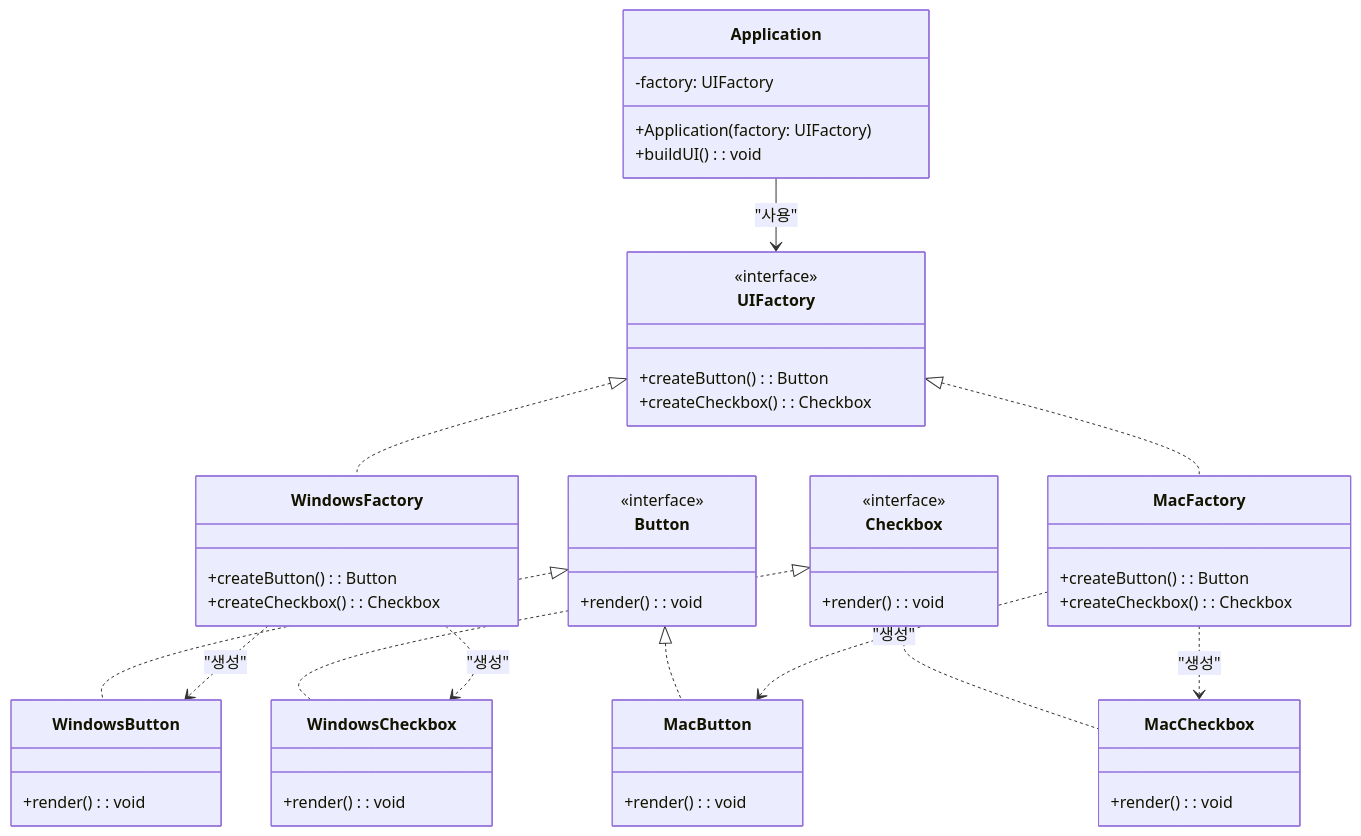
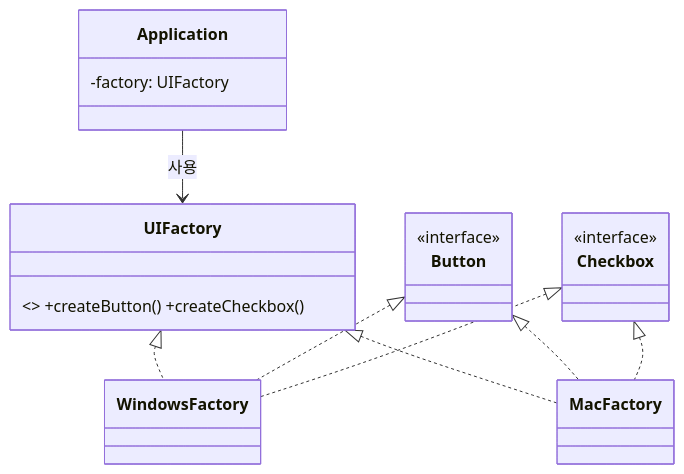
One commit to yjkim2015/yjkim2015.github.io changed the first of 2 diagrams in _posts/designPattern/2021-12-07-Abstract Factory Pattern.md. Above: the diagram before and after it, drawn with Mermaid. The commit also changed other lines of this file and 215 other files, not shown here.

First line of the commit message:
신규 포스트 10개 추가 + Mermaid 전면 축소 + SystemDesign 시리즈 보강

````diff
--- a/_posts/designPattern/2021-12-07-Abstract Factory Pattern.md
+++ b/_posts/designPattern/2021-12-07-Abstract Factory Pattern.md
@@ -36,53 +36,14 @@
 ```mermaid
 classDiagram
-    class UIFactory {
-        <<interface>>
-        +createButton(): Button
-        +createCheckbox(): Checkbox
-    }
-    class WindowsFactory {
-        +createButton(): Button
-        +createCheckbox(): Checkbox
-    }
-    class MacFactory {
-        +createButton(): Button
-        +createCheckbox(): Checkbox
-    }
-    class Button {
-        <<interface>>
-        +render(): void
-    }
-    class Checkbox {
-        <<interface>>
-        +render(): void
-    }
-    class WindowsButton {
-        +render(): void
-    }
-    class MacButton {
-        +render(): void
-    }
-    class WindowsCheckbox {
-        +render(): void
-    }
-    class MacCheckbox {
-        +render(): void
-    }
-    class Application {
-        -factory: UIFactory
-        +Application(factory: UIFactory)
-        +buildUI(): void
-    }
-
+    class UIFactory { <<interface>> +createButton() +createCheckbox() }
+    class Button { <<interface>> }
+    class Checkbox { <<interface>> }
+    class Application { -factory: UIFactory }
     UIFactory <|.. WindowsFactory
     UIFactory <|.. MacFactory
-    Button <|.. WindowsButton
-    Button <|.. MacButton
-    Checkbox <|.. WindowsCheckbox
-    Checkbox <|.. MacCheckbox
-    WindowsFactory ..> WindowsButton : "생성"
-    WindowsFactory ..> WindowsCheckbox : "생성"
-    MacFactory ..> MacButton : "생성"
-    MacFactory ..> MacCheckbox : "생성"
-    Application --> UIFactory : "사용"
+    Button <|.. WindowsFactory
+    Button <|.. MacFactory
+    Checkbox <|.. WindowsFactory
+    Checkbox <|.. MacFactory
+    Application --> UIFactory : 사용
 ```
````
